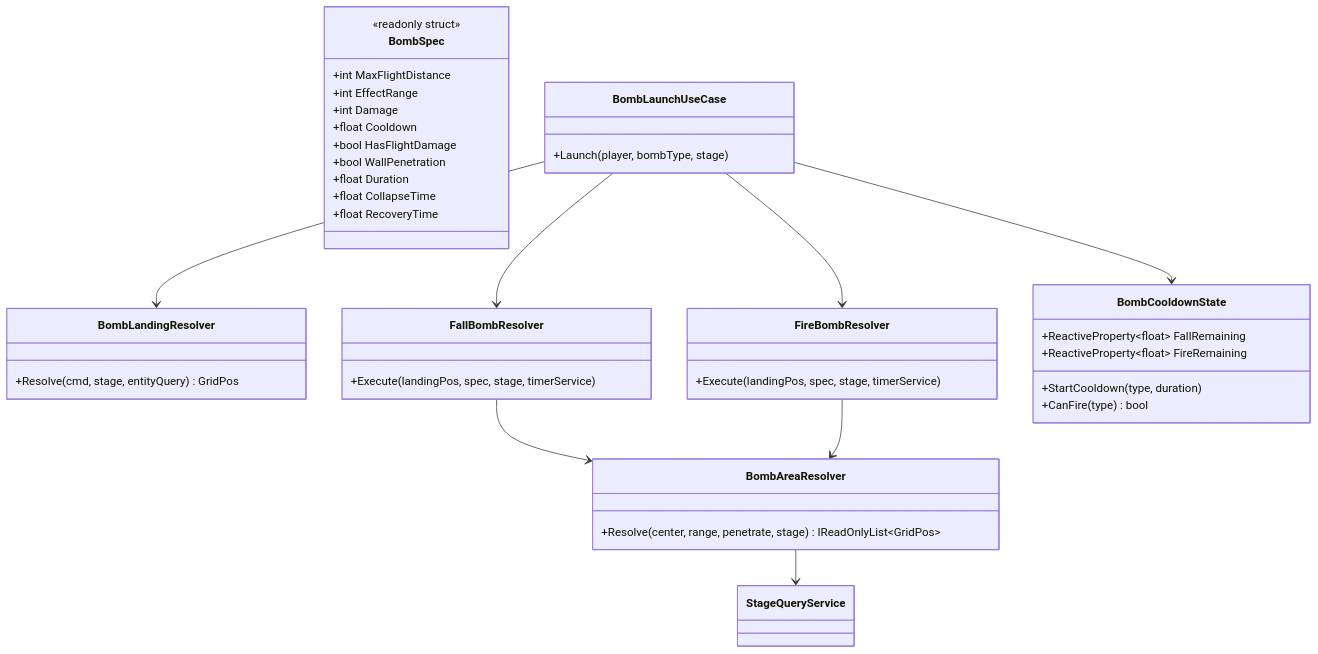
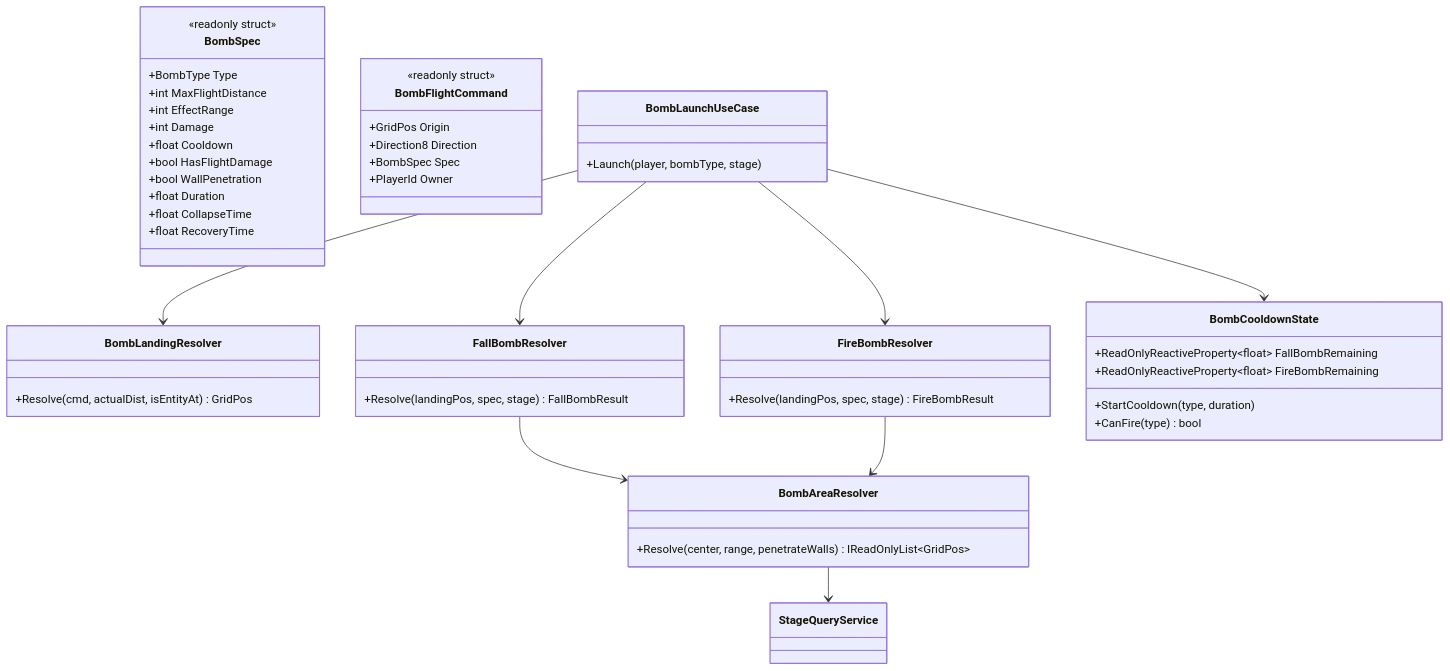
The eighth of 10 diagrams in docs/architecture.md (OUCC/2026-spring-hackathon-teamA), drawn with Mermaid before and after one commit. The commit also changed other lines of this file and 2 other files, not shown here.

Commit message:
Phase 4 完了に伴うドキュメント更新
architecture.md: Bombs クラス図を実装に合わせて更新、進捗表で Phase 4 完了
tasks.md: Phase 4 を ✅ マーク
worklog.md: Phase 4 作業ログ追加

````diff
--- a/docs/architecture.md
+++ b/docs/architecture.md
@@ -296,44 +296,52 @@
 ```mermaid
 classDiagram
     class BombSpec {
         <<readonly struct>>
+        +BombType Type
         +int MaxFlightDistance
         +int EffectRange
         +int Damage
         +float Cooldown
         +bool HasFlightDamage
         +bool WallPenetration
         +float Duration
         +float CollapseTime
         +float RecoveryTime
     }
+    class BombFlightCommand {
+        <<readonly struct>>
+        +GridPos Origin
+        +Direction8 Direction
+        +BombSpec Spec
+        +PlayerId Owner
+    }
     class BombLandingResolver {
-        +Resolve(cmd, stage, entityQuery) GridPos
+        +Resolve(cmd, actualDist, isEntityAt) GridPos
     }
     class BombAreaResolver {
-        +Resolve(center, range, penetrate, stage) IReadOnlyList~GridPos~
+        +Resolve(center, range, penetrateWalls) IReadOnlyList~GridPos~
     }
     class FallBombResolver {
-        +Execute(landingPos, spec, stage, timerService)
+        +Resolve(landingPos, spec, stage) FallBombResult
     }
     class FireBombResolver {
-        +Execute(landingPos, spec, stage, timerService)
+        +Resolve(landingPos, spec, stage) FireBombResult
     }
     class BombCooldownState {
-        +ReactiveProperty~float~ FallRemaining
-        +ReactiveProperty~float~ FireRemaining
+        +ReadOnlyReactiveProperty~float~ FallBombRemaining
+        +ReadOnlyReactiveProperty~float~ FireBombRemaining
         +StartCooldown(type, duration)
         +CanFire(type) bool
     }
     class BombLaunchUseCase {
         +Launch(player, bombType, stage)
     }
 
     BombLaunchUseCase --> BombLandingResolver
     BombLaunchUseCase --> FallBombResolver
     BombLaunchUseCase --> FireBombResolver
     BombLaunchUseCase --> BombCooldownState
     FallBombResolver --> BombAreaResolver
     FireBombResolver --> BombAreaResolver
     BombAreaResolver --> StageQueryService
 ```
````
